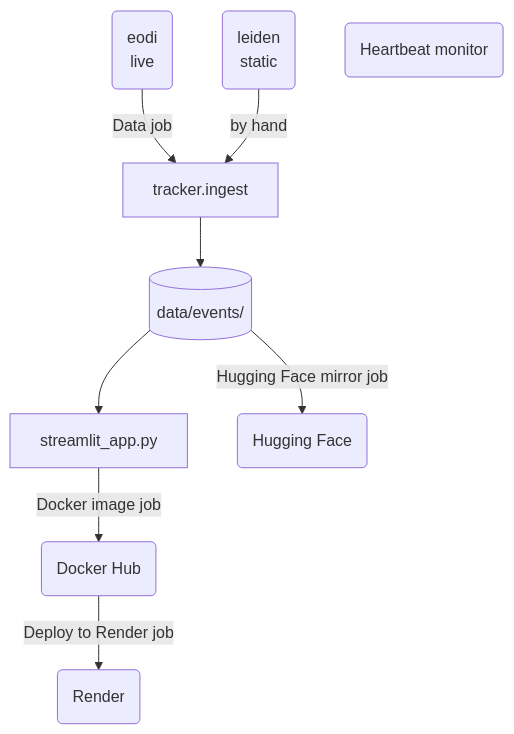
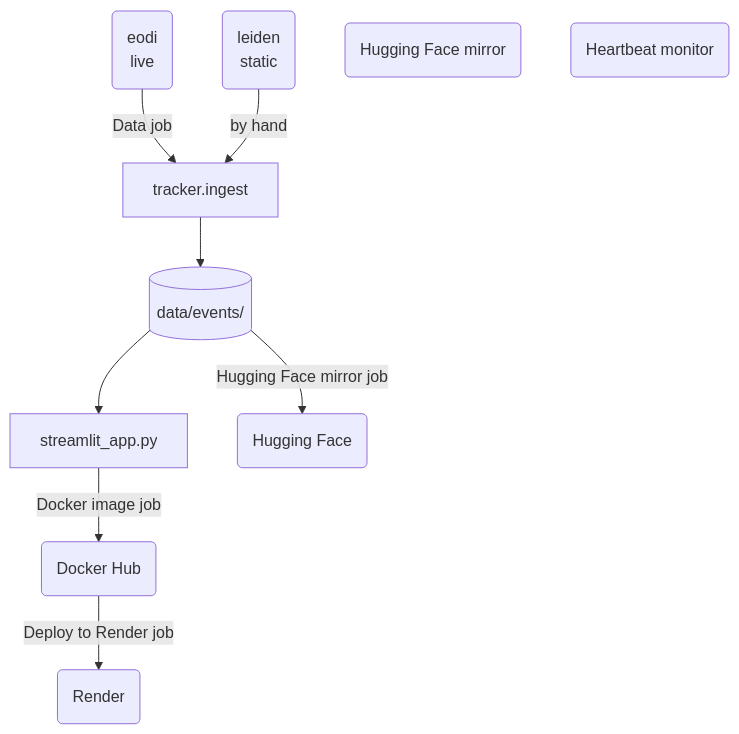
The first of 3 diagrams in docs/architecture.md (tryph0n/hybrid-tracker), drawn with Mermaid before and after one commit. The commit also changed other lines of this file, not shown here.

Commit message:
docs(architecture): regenerate the page for the tag step
The architecture page is generated from the workflow, and the docs job
checks it. The mirror job has a new step.

Refs #37

````diff
--- a/docs/architecture.md
+++ b/docs/architecture.md
@@ -25,19 +25,20 @@
 ```mermaid
 flowchart TB
   source_eodi("eodi<br/>live")
   source_leiden("leiden<br/>static")
   ingest["tracker.ingest"]
   events[("data/events/")]
   app["streamlit_app.py"]
   service_Docker_Hub("Docker Hub")
   service_Render("Render")
   service_Hugging_Face("Hugging Face")
+  service_Hugging_Face_mirror("Hugging Face mirror")
   service_Heartbeat_monitor("Heartbeat monitor")
   source_eodi -->|"Data job"| ingest
   source_leiden -->|"by hand"| ingest
   ingest --> events
   events --> app
   app -->|"Docker image job"| service_Docker_Hub
   service_Docker_Hub -->|"Deploy to Render job"| service_Render
   events -->|"Hugging Face mirror job"| service_Hugging_Face
 ```
````
